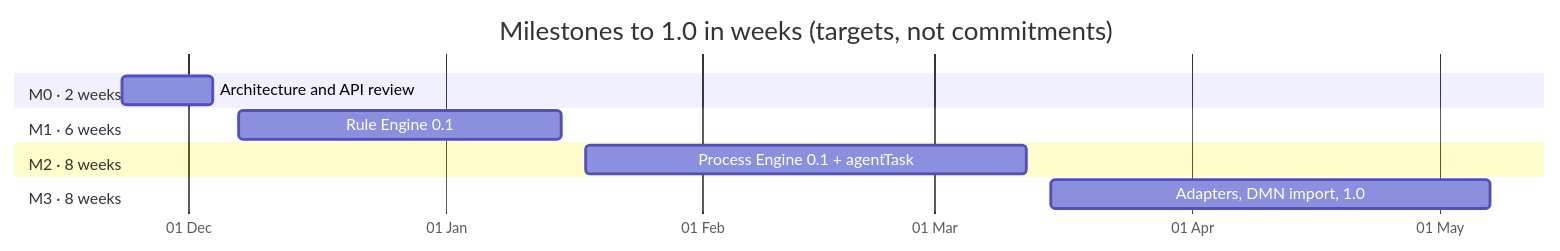
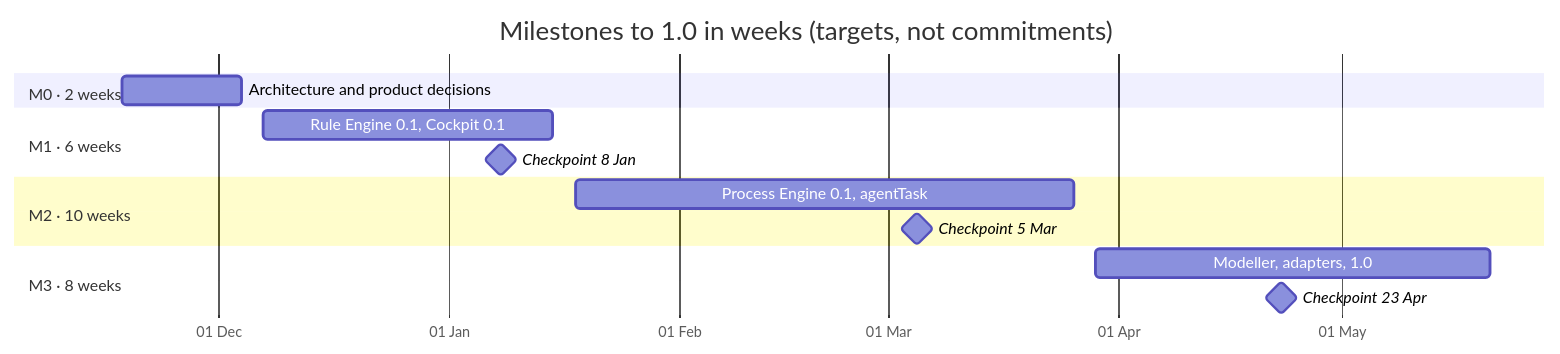
Before and after one commit to dhluong90/horus-Agentic-BPM: the diagram in wiki/diagrams/roadmap-timeline.mmd, drawn with Mermaid. The commit also changed 25 other files, not shown here.

First line of the commit message:
docs(product): Rule Engine users and journeys, cockpit direction in the roadmap, requirements review decisions

```diff
--- a/wiki/diagrams/roadmap-timeline.mmd
+++ b/wiki/diagrams/roadmap-timeline.mmd
@@ -1,12 +1,16 @@
 gantt
   dateFormat YYYY-MM-DD
   axisFormat %d %b
+  todayMarker off
   title Milestones to 1.0 in weeks (targets, not commitments)
   section M0 · 2 weeks
-  Architecture and API review     :m0, 2026-11-23, 2026-12-04
+  Architecture and product decisions      :m0, 2026-11-18, 2026-12-04
   section M1 · 6 weeks
-  Rule Engine 0.1                 :m1, 2026-12-07, 2027-01-15
-  section M2 · 8 weeks
-  Process Engine 0.1 + agentTask  :m2, 2027-01-18, 2027-03-12
+  Rule Engine 0.1, Cockpit 0.1            :m1, 2026-12-07, 2027-01-15
+  Checkpoint 8 Jan                        :milestone, c1, 2027-01-08, 0d
+  section M2 · 10 weeks
+  Process Engine 0.1, agentTask           :m2, 2027-01-18, 2027-03-26
+  Checkpoint 5 Mar                        :milestone, c2, 2027-03-05, 0d
   section M3 · 8 weeks
-  Adapters, DMN import, 1.0       :m3, 2027-03-15, 2027-05-07
+  Modeller, adapters, 1.0                 :m3, 2027-03-29, 2027-05-21
+  Checkpoint 23 Apr                       :milestone, c3, 2027-04-23, 0d
```
